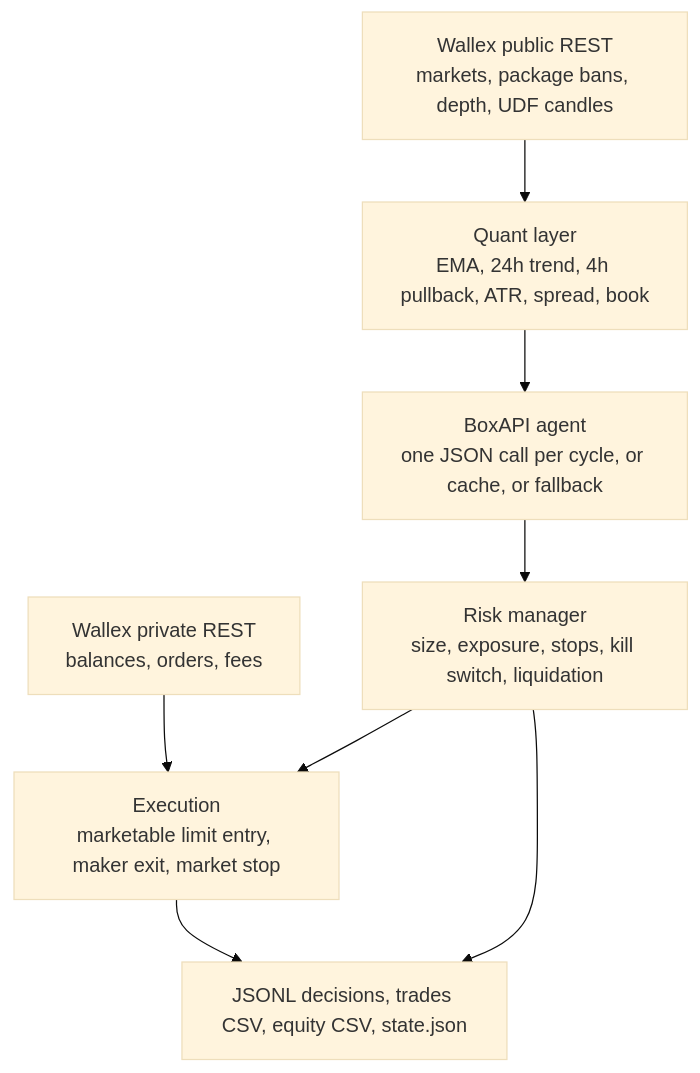
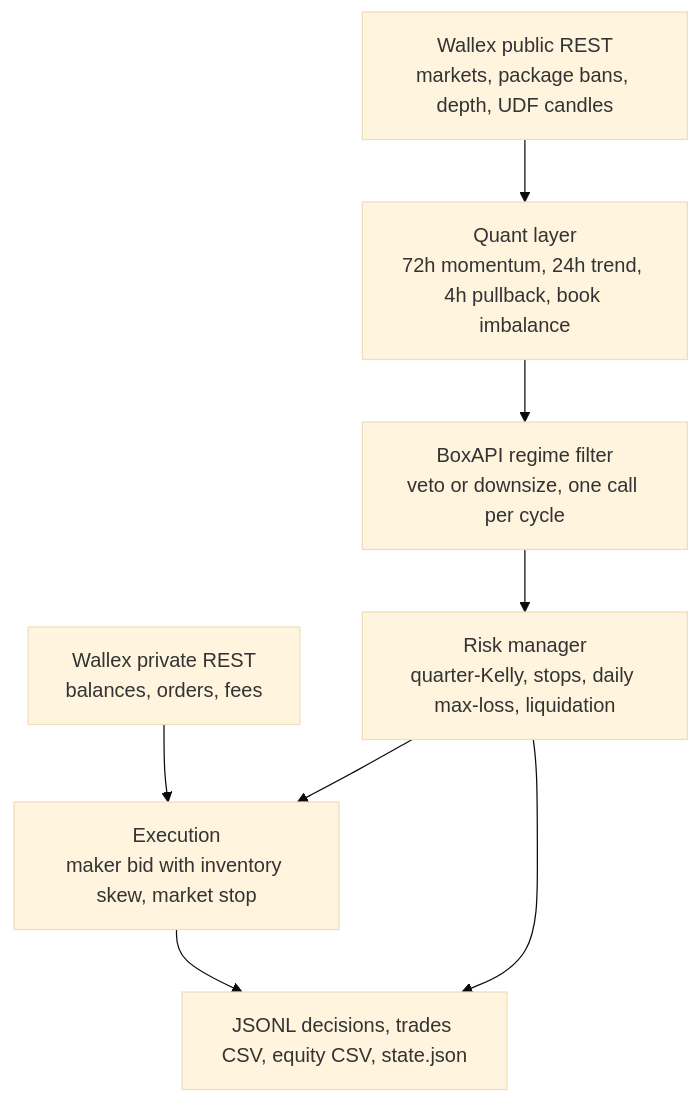
The diagram in STRATEGY.md (alikarami76/wallex-ai-trader), drawn with Mermaid (base theme) before and after one commit. The commit also changed other lines of this file and 16 other files, not shown here.

First line of the commit message:
feat: add cost gate, book imbalance, and maker quotes

````diff
--- a/STRATEGY.md
+++ b/STRATEGY.md
@@ -7,18 +7,18 @@
 ```mermaid
 flowchart TD
   public["Wallex public REST<br/>markets, package bans, depth, UDF candles"]
   private["Wallex private REST<br/>balances, orders, fees"]
-  quant["Quant layer<br/>EMA, 24h trend, 4h pullback, ATR, spread, book"]
-  agent["BoxAPI agent<br/>one JSON call per cycle, or cache, or fallback"]
-  risk["Risk manager<br/>size, exposure, stops, kill switch, liquidation"]
-  exec["Execution<br/>marketable limit entry, maker exit, market stop"]
+  quant["Quant layer<br/>72h momentum, 24h trend, 4h pullback, book imbalance"]
+  agent["BoxAPI regime filter<br/>veto or downsize, one call per cycle"]
+  risk["Risk manager<br/>quarter-Kelly, stops, daily max-loss, liquidation"]
+  exec["Execution<br/>maker bid with inventory skew, market stop"]
   journal["JSONL decisions, trades CSV, equity CSV, state.json"]
 
   public --> quant
   quant --> agent
   agent --> risk
   risk --> exec
   private --> exec
   exec --> journal
   risk --> journal
 ```
````
